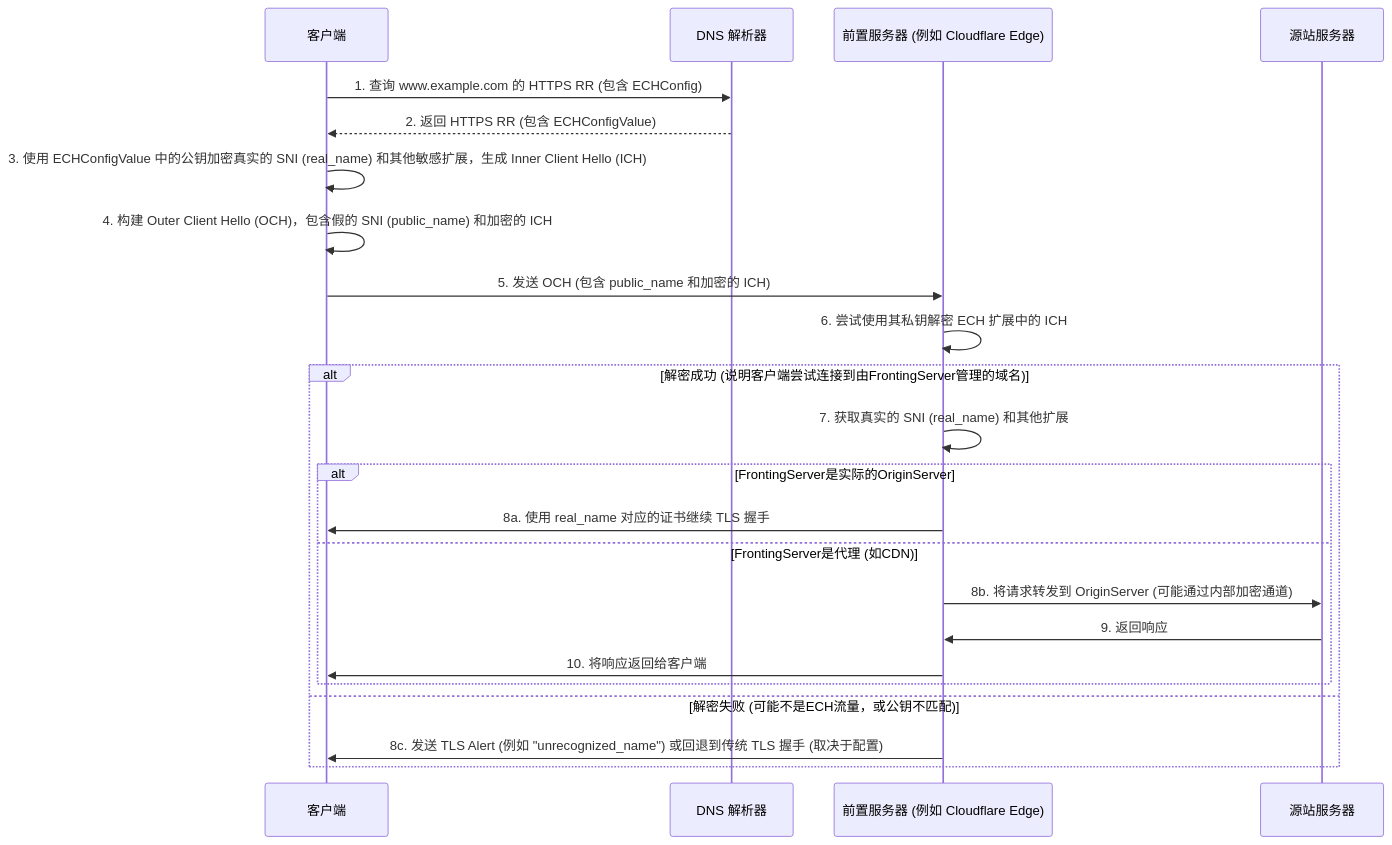
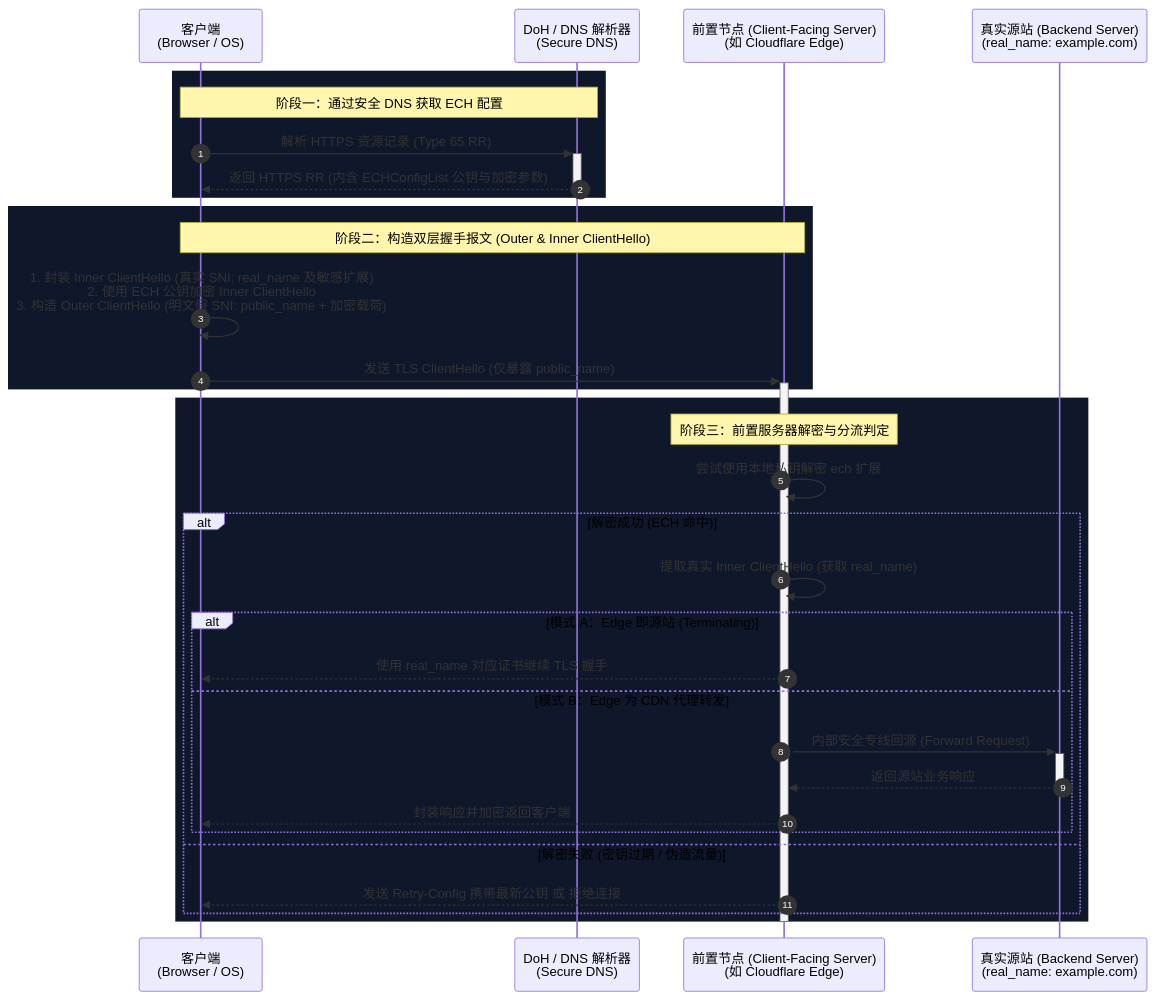
One commit to teatang/t-blog changed the diagram in source/_posts/2023/2023-04-10_TLS Encrypted Client Hello (ECH) 详解.md. Above: the diagram before and after it, drawn with Mermaid. The commit also changed 26 other files, not shown here.

```diff
--- a/source/_posts/2023/2023-04-10_TLS Encrypted Client Hello (ECH) 详解.md
+++ b/source/_posts/2023/2023-04-10_TLS Encrypted Client Hello (ECH) 详解.md
@@ -85,28 +85,38 @@
 {% mermaid %}
 sequenceDiagram
-    participant Client as 客户端
-    participant DNS as DNS 解析器
-    participant FrontingServer as 前置服务器 (例如 Cloudflare Edge)
-    participant OriginServer as 源站服务器
+    autonumber
+    participant Client as 客户端<br/>(Browser / OS)
+    participant DNS as DoH / DNS 解析器<br/>(Secure DNS)
+    participant Edge as 前置节点 (Client-Facing Server)<br/>(如 Cloudflare Edge)
+    participant Origin as 真实源站 (Backend Server)<br/>(real_name: example.com)
 
-    Client->>DNS: 1. 查询 www.example.com 的 HTTPS RR (包含 ECHConfig)
-    DNS-->>Client: 2. 返回 HTTPS RR (包含 ECHConfigValue)
+    rect rgb(15, 23, 42)
+        Note over Client,DNS: 阶段一：通过安全 DNS 获取 ECH 配置
+        Client->>+DNS: 解析 HTTPS 资源记录 (Type 65 RR)
+        DNS-->>-Client: 返回 HTTPS RR (内含 ECHConfigList 公钥与加密参数)
+    end
 
-    Client->>Client: 3. 使用 ECHConfigValue 中的公钥加密真实的 SNI (real_name) 和其他敏感扩展，生成 Inner Client Hello (ICH)
-    Client->>Client: 4. 构建 Outer Client Hello (OCH)，包含假的 SNI (public_name) 和加密的 ICH
-    Client->>FrontingServer: 5. 发送 OCH (包含 public_name 和加密的 ICH)
+    rect rgb(15, 23, 42)
+        Note over Client,Edge: 阶段二：构造双层握手报文 (Outer & Inner ClientHello)
+        Client->>Client: 1. 封装 Inner ClientHello (真实 SNI: real_name 及敏感扩展)<br/>2. 使用 ECH 公钥加密 Inner ClientHello<br/>3. 构造 Outer ClientHello (明文假 SNI: public_name + 加密载荷)
+        Client->>+Edge: 发送 TLS ClientHello (仅暴露 public_name)
+    end
 
-    FrontingServer->>FrontingServer: 6. 尝试使用其私钥解密 ECH 扩展中的 ICH
-    alt 解密成功 (说明客户端尝试连接到由FrontingServer管理的域名)
-        FrontingServer->>FrontingServer: 7. 获取真实的 SNI (real_name) 和其他扩展
-        alt FrontingServer是实际的OriginServer
-            FrontingServer->>Client: 8a. 使用 real_name 对应的证书继续 TLS 握手
-        else FrontingServer是代理 (如CDN)
-            FrontingServer->>OriginServer: 8b. 将请求转发到 OriginServer (可能通过内部加密通道)
-            OriginServer->>FrontingServer: 9. 返回响应
-            FrontingServer->>Client: 10. 将响应返回给客户端
+    rect rgb(15, 23, 42)
+        Note over Edge: 阶段三：前置服务器解密与分流判定
+        Edge->>Edge: 尝试使用本地私钥解密 ech 扩展
+        alt 解密成功 (ECH 命中)
+            Edge->>Edge: 提取真实 Inner ClientHello (获取 real_name)
+            alt 模式 A：Edge 即源站 (Terminating)
+                Edge-->>Client: 使用 real_name 对应证书继续 TLS 握手
+            else 模式 B：Edge 为 CDN 代理转发
+                Edge->>+Origin: 内部安全专线回源 (Forward Request)
+                Origin-->>-Edge: 返回源站业务响应
+                Edge-->>Client: 封装响应并加密返回客户端
+            end
+        else 解密失败 (密钥过期 / 伪造流量)
+            Edge-->>Client: 发送 Retry-Config 携带最新公钥 或 拒绝连接
         end
-    else 解密失败 (可能不是ECH流量，或公钥不匹配)
-        FrontingServer->>Client: 8c. 发送 TLS Alert (例如 "unrecognized_name") 或回退到传统 TLS 握手 (取决于配置)
     end
+    deactivate Edge
 {% endmermaid %}
```
